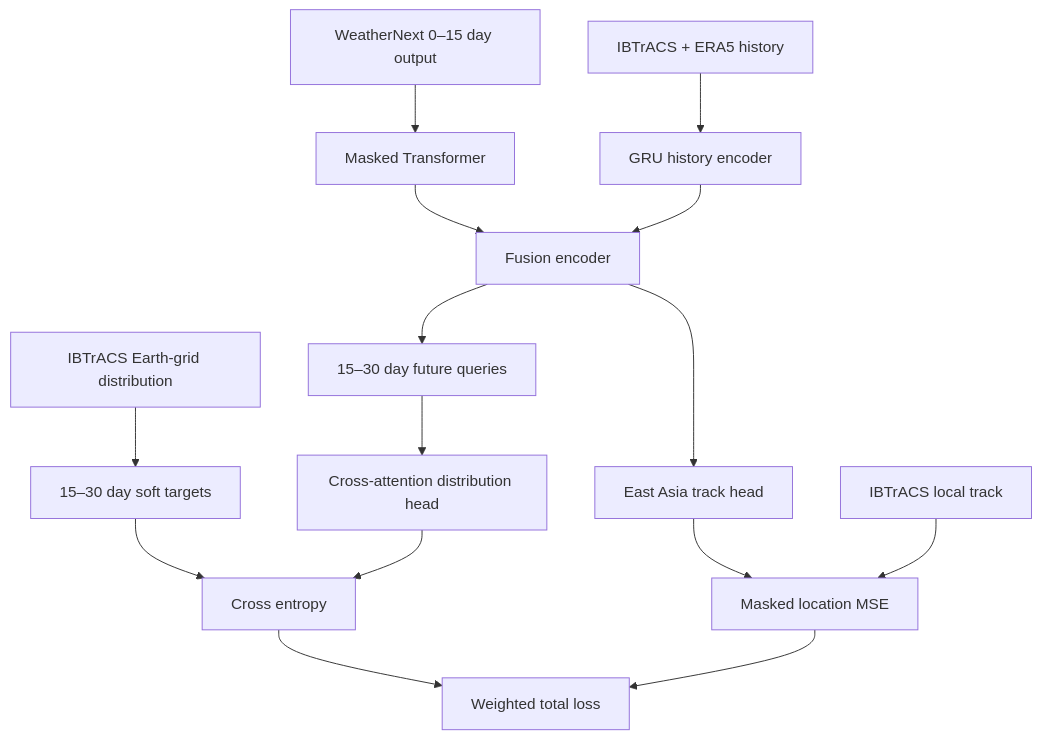
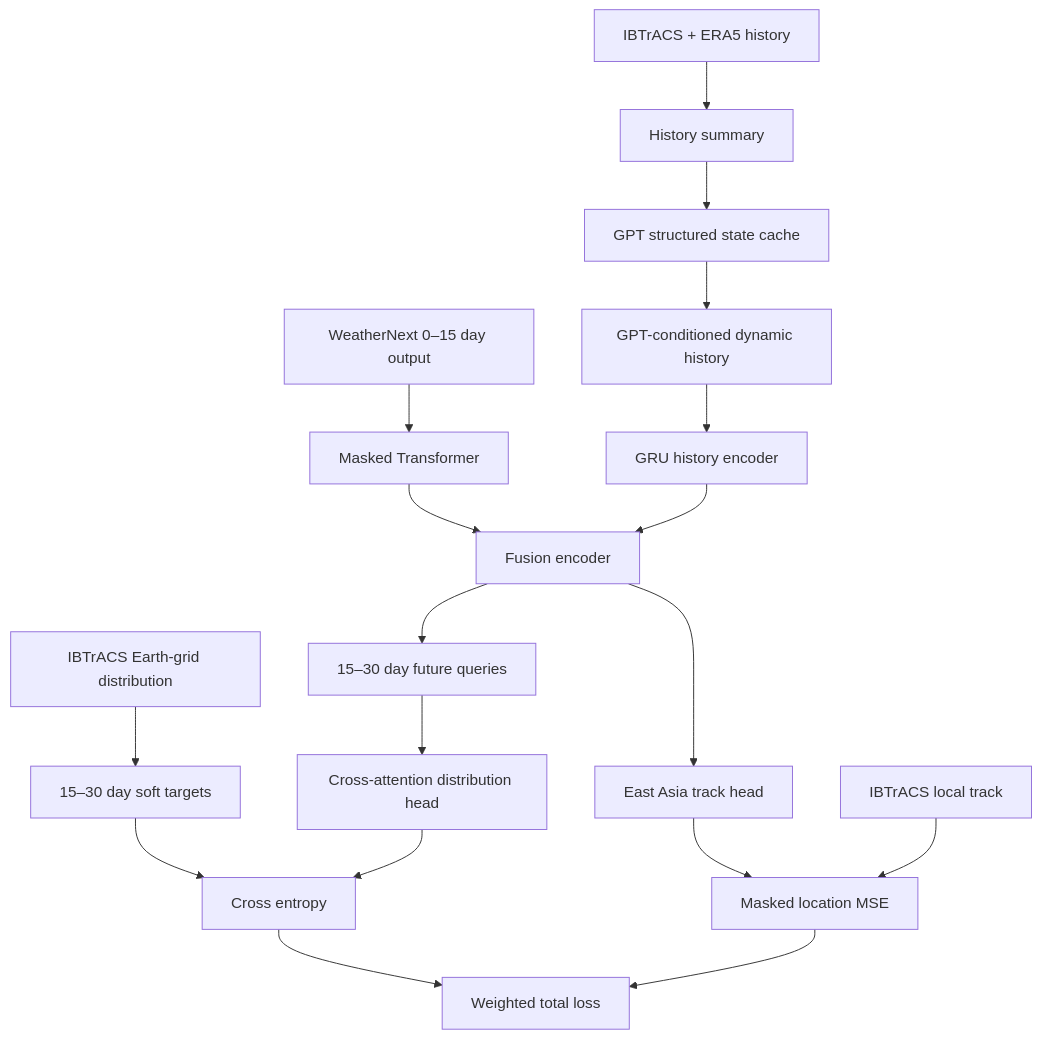
The diagram in README.md (nayehyeon61-glitch/typnonn_preesure_data_loader), drawn with Mermaid before and after one commit. The commit also changed other lines of this file and 10 other files, not shown here.

Commit message:
Condition typhoon history with cached GPT state

````diff
--- a/README.md
+++ b/README.md
@@ -332,17 +332,21 @@
 ```mermaid
 flowchart TD
-    A["IBTrACS + ERA5 history"] --> C["GRU history encoder"]
+    A["IBTrACS + ERA5 history"]
     W["WeatherNext 0–15 day output"] --> T["Masked Transformer"]
+    A --> S["History summary"]
+    S --> P["GPT structured state cache"]
+    P --> DH["GPT-conditioned dynamic history"]
+    DH --> C["GRU history encoder"]
     T --> X["Fusion encoder"]
     C --> X
-    B["IBTrACS Earth-grid distribution"] --> D["15–30 day soft targets"]
+    B["IBTrACS Earth-grid distribution"] --> DT["15–30 day soft targets"]
     X --> Q["15–30 day future queries"]
     Q --> E["Cross-attention distribution head"]
     X --> F["East Asia track head"]
-    D --> G["Cross entropy"]
+    DT --> G["Cross entropy"]
     E --> G
     F --> H["Masked location MSE"]
     I["IBTrACS local track"] --> H
     G --> J["Weighted total loss"]
     H --> J
 ```
````
